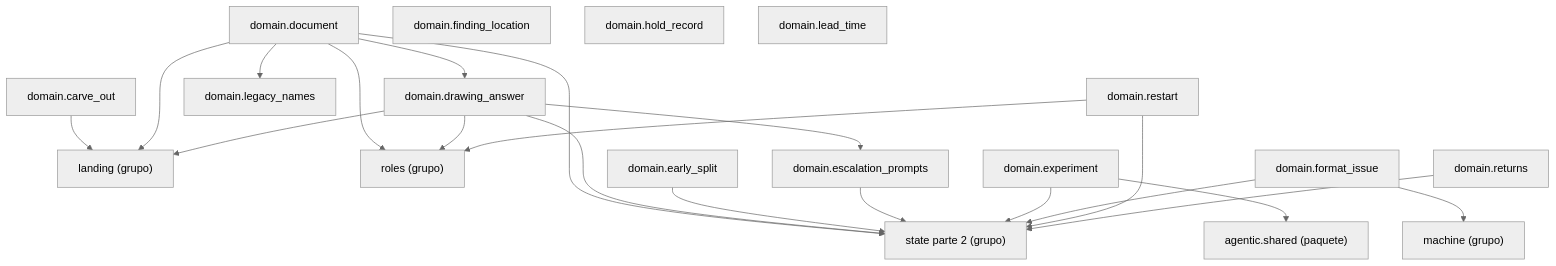
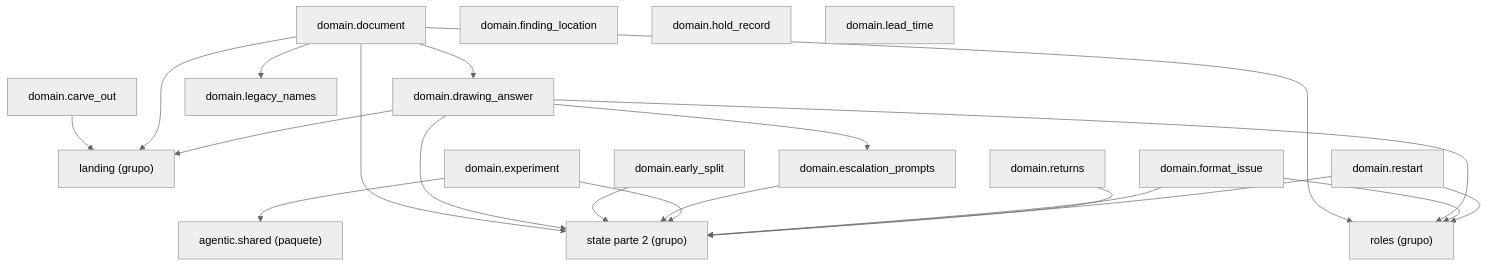
The diagram in docs/architecture/generated/packages-process-domain-state-1.md (GonzaloZevallos/agentic-system), drawn with Mermaid (neutral theme) before and after one commit. The commit also changed other lines of this file and 10 other files, not shown here.

First line of the commit message:
Move format_retakes to the roles docs cluster so the pages stay within the cap

````diff
--- a/docs/architecture/generated/packages-process-domain-state-1.md
+++ b/docs/architecture/generated/packages-process-domain-state-1.md
@@ -13,40 +12,39 @@
 ```mermaid
 graph TD
     g_domain__landing["landing (grupo)"]
-    g_domain__machine["machine (grupo)"]
     g_domain__roles["roles (grupo)"]
     g_domain__state__2["state parte 2 (grupo)"]
     g_pkg__agentic__shared["agentic.shared (paquete)"]
     m_domain__carve_out["domain.carve_out"]
     m_domain__document["domain.document"]
     m_domain__drawing_answer["domain.drawing_answer"]
     m_domain__early_split["domain.early_split"]
     m_domain__escalation_prompts["domain.escalation_prompts"]
     m_domain__experiment["domain.experiment"]
     m_domain__finding_location["domain.finding_location"]
     m_domain__format_issue["domain.format_issue"]
     m_domain__hold_record["domain.hold_record"]
     m_domain__lead_time["domain.lead_time"]
     m_domain__legacy_names["domain.legacy_names"]
     m_domain__restart["domain.restart"]
     m_domain__returns["domain.returns"]
     m_domain__carve_out --> g_domain__landing
     m_domain__document --> g_domain__landing
     m_domain__document --> g_domain__roles
     m_domain__document --> g_domain__state__2
     m_domain__document --> m_domain__drawing_answer
     m_domain__document --> m_domain__legacy_names
     m_domain__drawing_answer --> g_domain__landing
     m_domain__drawing_answer --> g_domain__roles
     m_domain__drawing_answer --> g_domain__state__2
     m_domain__drawing_answer --> m_domain__escalation_prompts
     m_domain__early_split --> g_domain__state__2
     m_domain__escalation_prompts --> g_domain__state__2
     m_domain__experiment --> g_domain__state__2
     m_domain__experiment --> g_pkg__agentic__shared
-    m_domain__format_issue --> g_domain__machine
+    m_domain__format_issue --> g_domain__roles
     m_domain__format_issue --> g_domain__state__2
     m_domain__restart --> g_domain__roles
     m_domain__restart --> g_domain__state__2
     m_domain__returns --> g_domain__state__2
 ```
````
